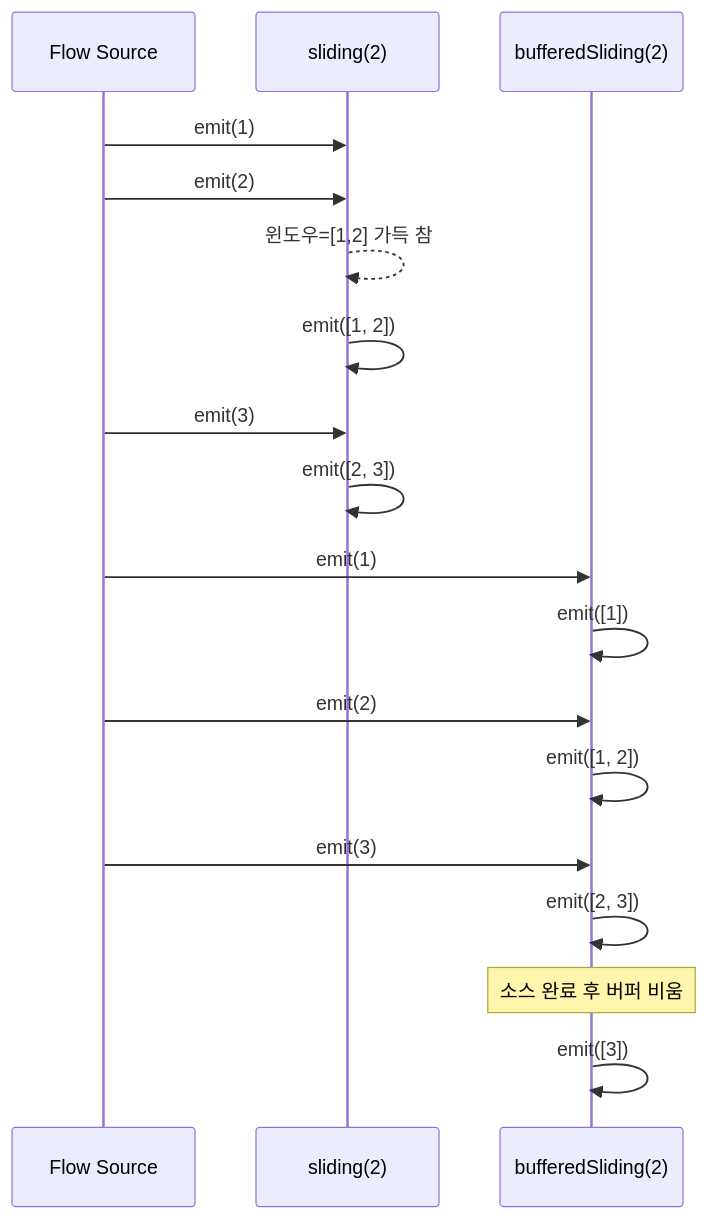
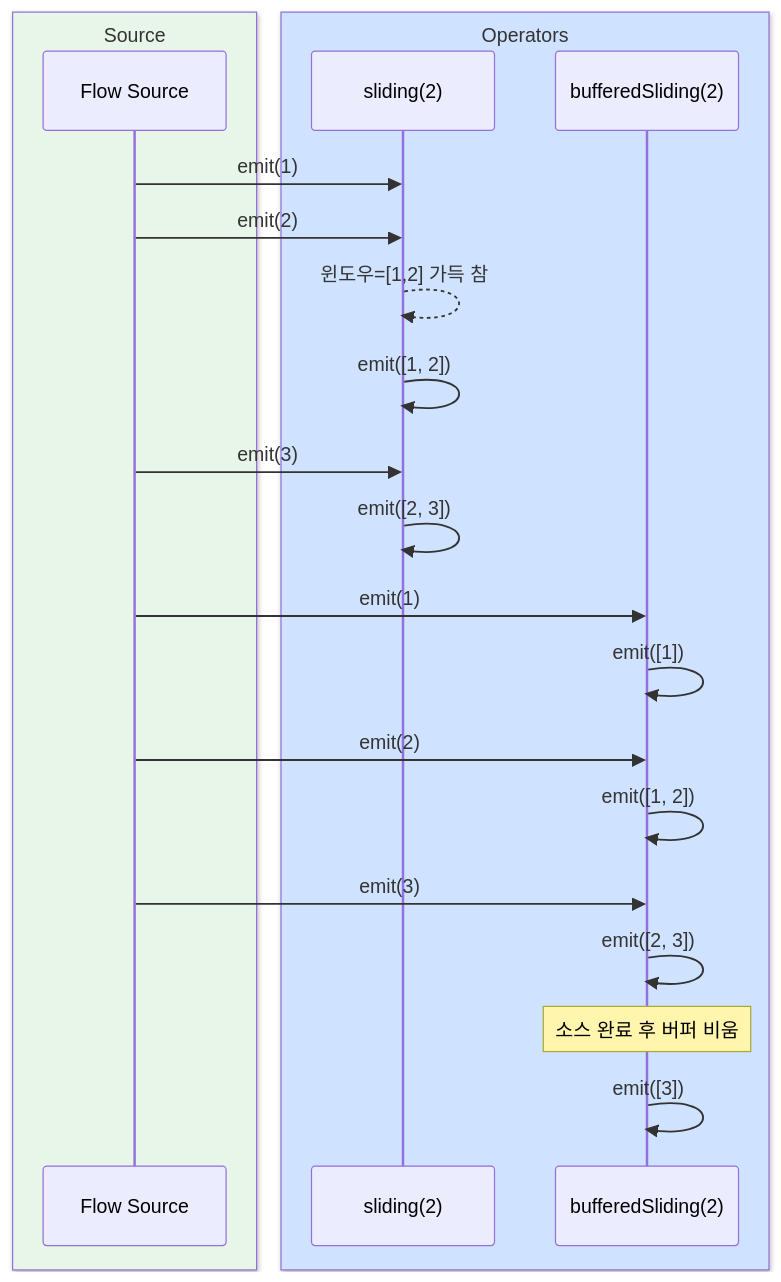
One commit to bluetape4k/bluetape4k-projects changed the seventh of 16 diagrams in bluetape4k/coroutines/README.ko.md. Above: the diagram before and after it, drawn with Mermaid. The commit also changed other lines of this file and 221 other files, not shown here.

First line of the commit message:
docs: 전체 모듈 README UML 다이어그램 보강 및 색상 업그레이드

````diff
--- a/bluetape4k/coroutines/README.ko.md
+++ b/bluetape4k/coroutines/README.ko.md
@@ -382,20 +441,24 @@
 ```mermaid
 sequenceDiagram
-    participant S as Flow Source
-    participant SL as sliding(2)
-    participant BS as bufferedSliding(2)
+    box rgb(232, 245, 233) Source
+        participant S as Flow Source
+    end
+    box rgb(207, 226, 255) Operators
+        participant SL as sliding(2)
+        participant BS as bufferedSliding(2)
+    end
     S ->> SL: emit(1)
     S ->> SL: emit(2)
     SL -->> SL: 윈도우=[1,2] 가득 참
     SL ->> SL: emit([1, 2])
     S ->> SL: emit(3)
     SL ->> SL: emit([2, 3])
     S ->> BS: emit(1)
     BS ->> BS: emit([1])
     S ->> BS: emit(2)
     BS ->> BS: emit([1, 2])
     S ->> BS: emit(3)
     BS ->> BS: emit([2, 3])
     Note over BS: 소스 완료 후 버퍼 비움
     BS ->> BS: emit([3])
 ```
````
